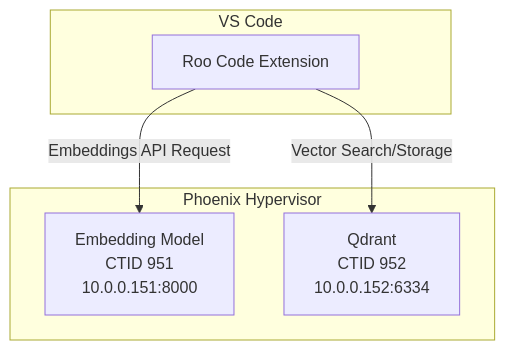
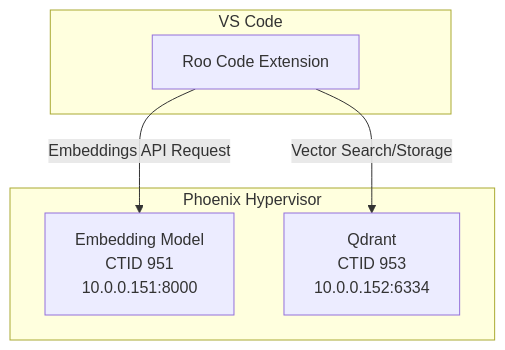
One commit to SirHeads/Testing-ideas changed the diagram in usr/local/phoenix_hypervisor/project_documents/roo_code_integration_guide.md. Above: the diagram before and after it, drawn with Mermaid. The commit also changed other lines of this file and 13 other files, not shown here.

````diff
--- a/usr/local/phoenix_hypervisor/project_documents/roo_code_integration_guide.md
+++ b/usr/local/phoenix_hypervisor/project_documents/roo_code_integration_guide.md
@@ -23,14 +49,14 @@
 ```mermaid
 graph TD
     subgraph VS Code
         A[Roo Code Extension]
     end
 
     subgraph "Phoenix Hypervisor"
         B[Embedding Model <br> CTID 951 <br> 10.0.0.151:8000]
-        C[Qdrant <br> CTID 952 <br> 10.0.0.152:6334]
+        C[Qdrant <br> CTID 953 <br> 10.0.0.152:6334]
     end
 
     A -- "Embeddings API Request" --> B
     A -- "Vector Search/Storage" --> C
 ```
````
